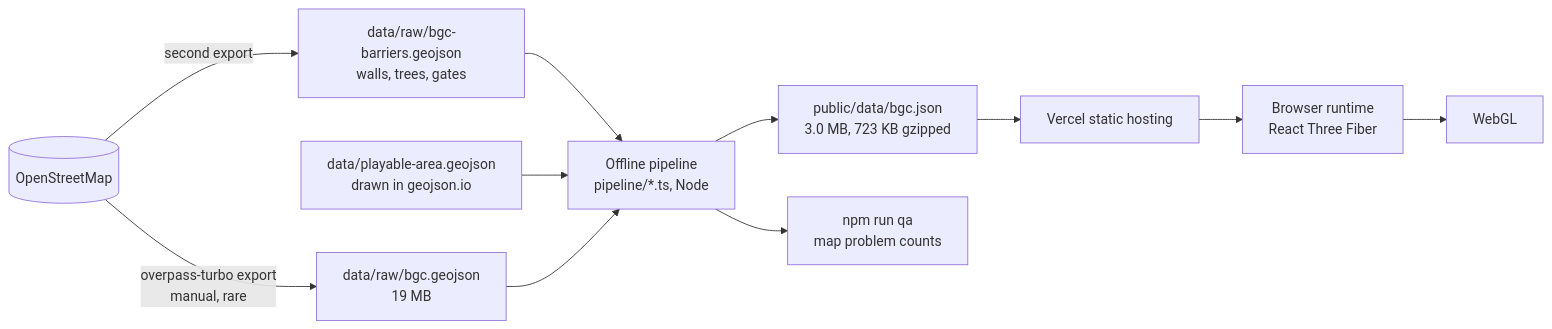
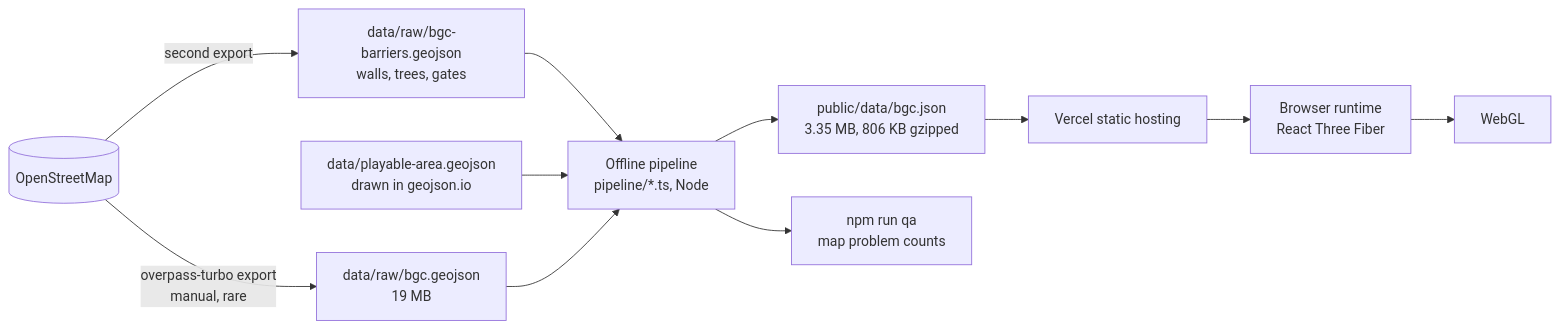
Before and after one commit to ajs0905/drive-thru-mnl: the first of 5 diagrams in docs/ARCHITECTURE.md, drawn with Mermaid. The commit also changed other lines of this file and 20 other files, not shown here.

````diff
--- a/docs/ARCHITECTURE.md
+++ b/docs/ARCHITECTURE.md
@@ -37,13 +37,13 @@
 ```mermaid
 flowchart LR
   OSM[(OpenStreetMap)] -->|overpass-turbo export<br/>manual, rare| RAW[data/raw/bgc.geojson<br/>19 MB]
   OSM -->|second export| RAW2[data/raw/bgc-barriers.geojson<br/>walls, trees, gates]
   RAW2 --> PIPE
   PA[data/playable-area.geojson<br/>drawn in geojson.io] --> PIPE
   RAW --> PIPE[Offline pipeline<br/>pipeline/*.ts, Node]
-  PIPE --> OUT[public/data/bgc.json<br/>3.0 MB, 723 KB gzipped]
+  PIPE --> OUT[public/data/bgc.json<br/>3.35 MB, 806 KB gzipped]
   PIPE --> QA[npm run qa<br/>map problem counts]
   OUT --> CDN[Vercel static hosting]
   CDN --> RT[Browser runtime<br/>React Three Fiber]
   RT --> GPU[WebGL]
 ```
````
